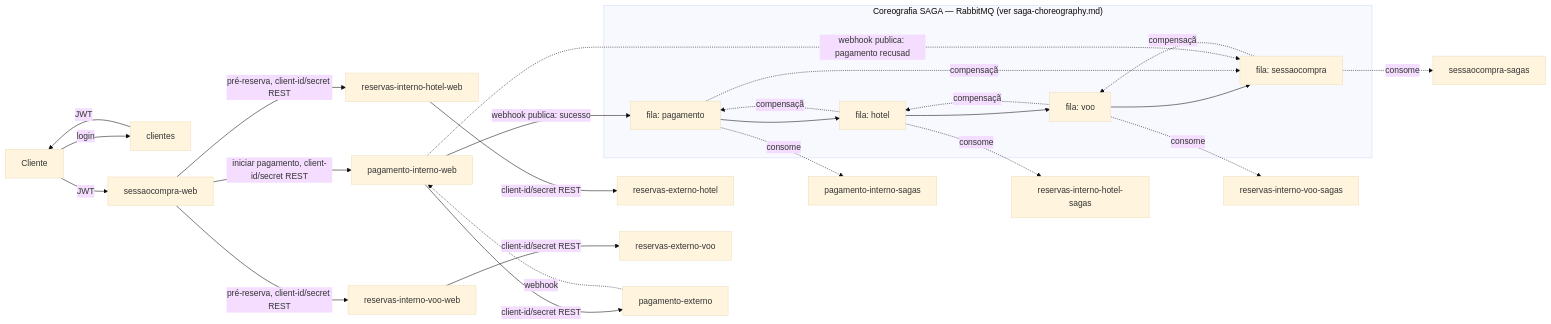
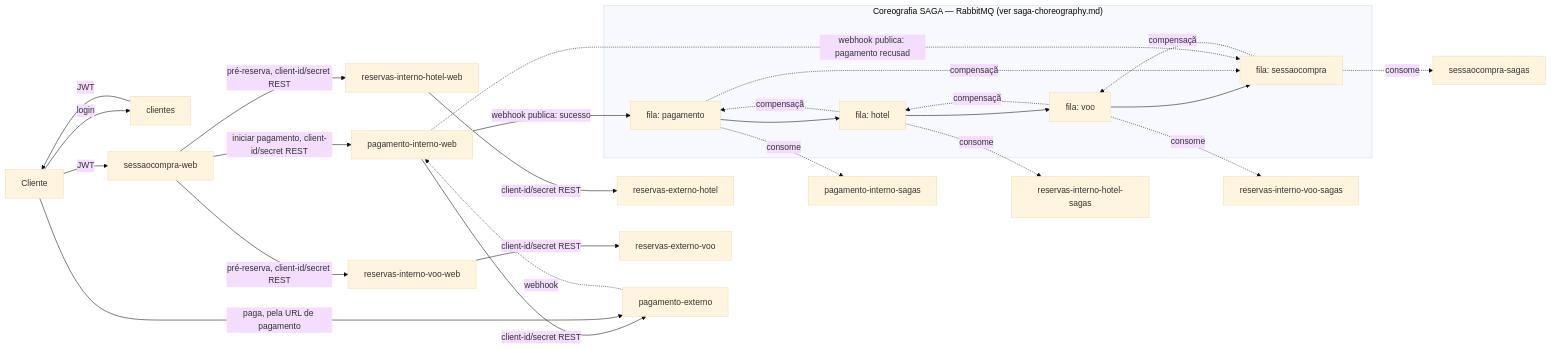
One commit to EdyKnopfler/estudo-arquitetura-monorepo changed the diagram in docs/architecture-overview.md. Above: the diagram before and after it, drawn with Mermaid (base theme). The commit also changed other lines of this file and 26 other files, not shown here.

````diff
--- a/docs/architecture-overview.md
+++ b/docs/architecture-overview.md
@@ -48,30 +48,31 @@
 ```mermaid
 flowchart LR
   C[Cliente] -->|login| clientes
   clientes -->|JWT| C
   C -->|JWT| sessaocompra-web
   sessaocompra-web -->|pré-reserva, client-id/secret REST| reservas-interno-hotel-web
   sessaocompra-web -->|pré-reserva, client-id/secret REST| reservas-interno-voo-web
   reservas-interno-hotel-web -->|client-id/secret REST| reservas-externo-hotel
   reservas-interno-voo-web -->|client-id/secret REST| reservas-externo-voo
   sessaocompra-web -->|iniciar pagamento, client-id/secret REST| pagamento-interno-web
   pagamento-interno-web -->|client-id/secret REST| pagamento-externo
+  C -->|paga, pela URL de pagamento| pagamento-externo
   pagamento-externo -.webhook.-> pagamento-interno-web
 
   subgraph SAGA["Coreografia SAGA — RabbitMQ (ver saga-choreography.md)"]
     Qpag[fila: pagamento] --> Qhotel[fila: hotel]
     Qhotel --> Qvoo[fila: voo]
     Qvoo --> Qsc[fila: sessaocompra]
     Qsc -.compensação.-> Qvoo
     Qvoo -.compensação.-> Qhotel
     Qhotel -.compensação.-> Qpag
     Qpag -.compensação.-> Qsc
   end
 
   pagamento-interno-web -->|webhook publica: sucesso| Qpag
   pagamento-interno-web -.webhook publica: pagamento recusado.-> Qsc
   Qsc -.consome.-> sessaocompra-sagas
   Qpag -.consome.-> pagamento-interno-sagas
   Qhotel -.consome.-> reservas-interno-hotel-sagas
   Qvoo -.consome.-> reservas-interno-voo-sagas
 ```
````
